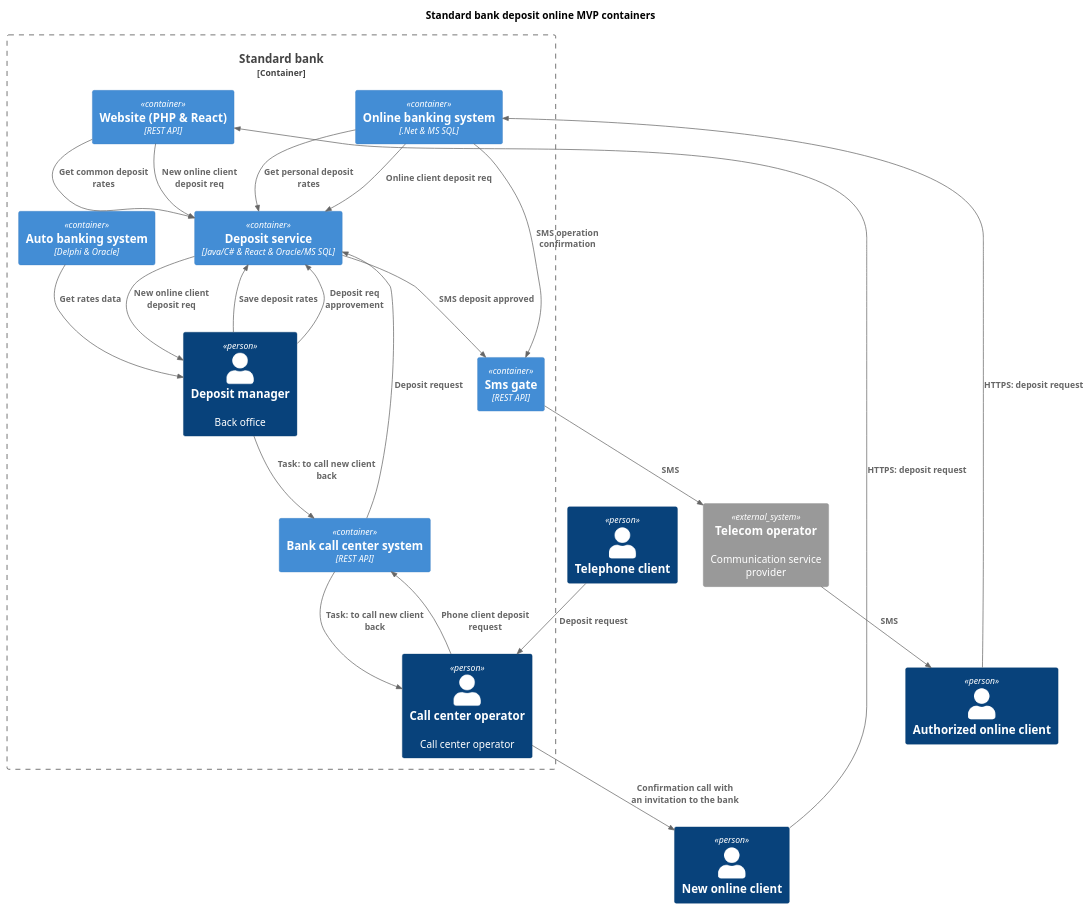
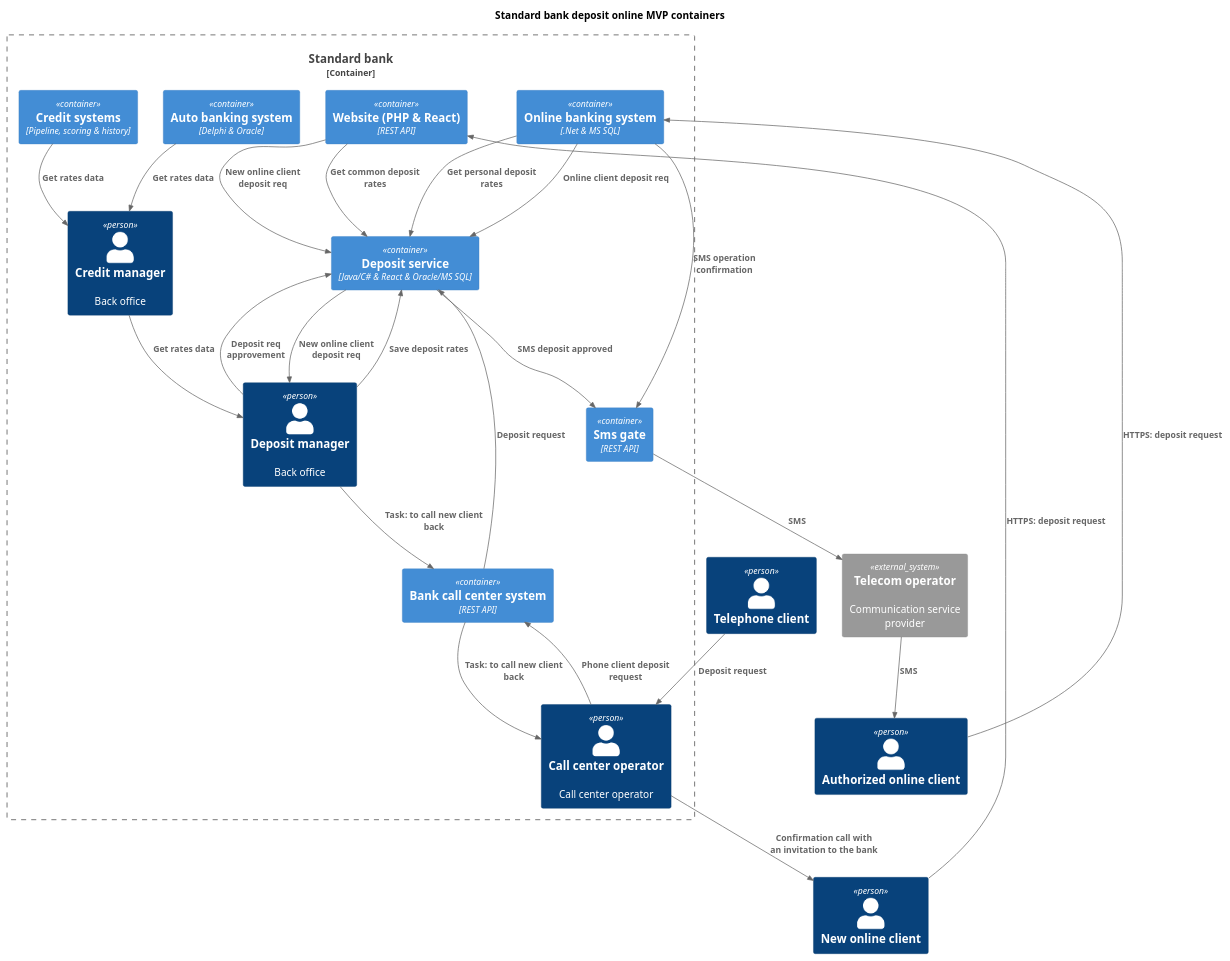
The diagram in task3_mvp_adrs/deposit_online_mvp_c4_containers.puml (turistigor/yap-arch-task3-bank), drawn with PlantUML before and after one commit. The commit also changed 10 other files, not shown here.

```diff
--- a/task3_mvp_adrs/deposit_online_mvp_c4_containers.puml
+++ b/task3_mvp_adrs/deposit_online_mvp_c4_containers.puml
@@ -1,58 +1,63 @@
 @startuml deposit_online_mvp_containers
 
 ' Initial settings:
 
 title Standard bank deposit online MVP containers
 
 top to bottom direction
 
 !include ../lib/C4_Container.puml
 
 
 ' Actors & components:
 
 Person(new_online_client, "New online client")
 Person(online_client, "Authorized online client")
 Person(phone_client, "Telephone client")
 
 Container_Boundary(bank, "Standard bank") {
     Container(site, "Website (PHP & React)", "REST API")
     Container(on_bank, "Online banking system", ".Net & MS SQL")
     Container(call_center, "Bank call center system", "REST API")
     Container(deposit_service, "Deposit service", "Java/C# & React & Oracle/MS SQL")
     Container(abs, "Auto banking system", "Delphi & Oracle")
+    Container(credit_systems, "Credit systems", "Pipeline, scoring & history")
     Container(sms_gate, "Sms gate", "REST API")
 
     Person(deposit_manager, "Deposit manager", "Back office")
+    Person(credit_manager, "Credit manager", "Back office")
     Person(call_center_op, "Call center operator", "Call center operator")
 }
 
 System_Ext(tele_operator, "Telecom operator", "Communication service provider")
 
 
 ' Relations:
 Rel(new_online_client, site, "HTTPS: deposit request")
 Rel(site, deposit_service, "New online client deposit req")
 Rel(site, deposit_service, "Get common deposit rates")
 Rel(deposit_service, deposit_manager, "New online client deposit req")
 Rel(deposit_manager, deposit_service, "Save deposit rates")
 Rel(deposit_manager, call_center, "Task: to call new client back")
-Rel(abs, deposit_manager, "Get rates data")
+Rel(credit_manager, deposit_manager, "Get rates data")
 Rel(call_center, call_center_op, "Task: to call new client back")
 Rel(call_center_op, new_online_client, "Confirmation call with an invitation to the bank")
+
+Rel(abs, credit_manager, "Get rates data")
+Rel(credit_systems, credit_manager, "Get rates data")
 
 Rel(online_client, on_bank, "HTTPS: deposit request")
 Rel(on_bank, deposit_service, "Online client deposit req")
 Rel(on_bank, deposit_service, "Get personal deposit rates")
 Rel(on_bank, sms_gate, "SMS operation confirmation")
 Rel(deposit_manager, deposit_service, "Deposit req approvement")
 Rel(deposit_service, sms_gate, "SMS deposit approved")
 
 Rel(sms_gate, tele_operator, "SMS")
 Rel(tele_operator, online_client, "SMS")
 
 Rel(phone_client, call_center_op, "Deposit request")
 Rel(call_center_op, call_center, "Phone client deposit request")
 Rel(call_center, deposit_service, "Deposit request")
 
 @enduml
```
